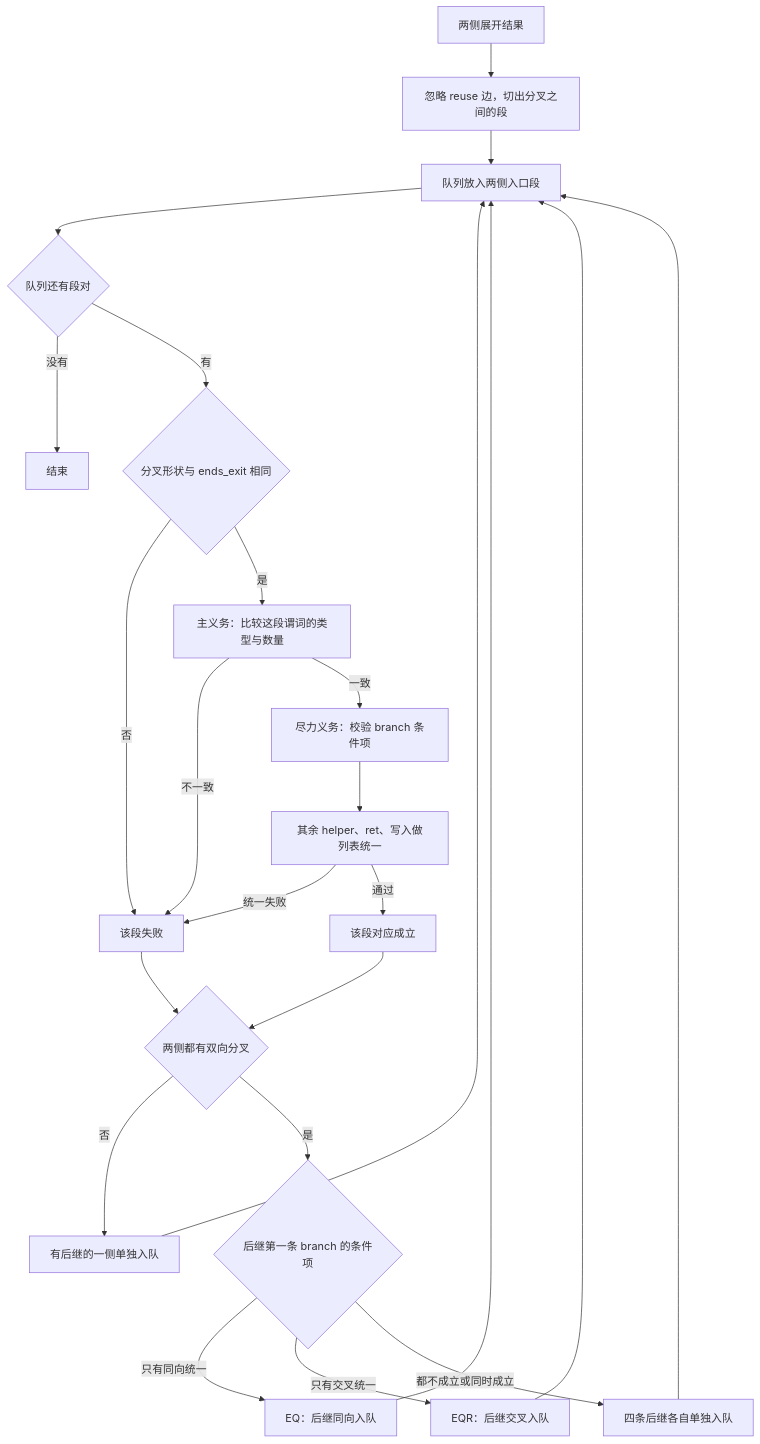
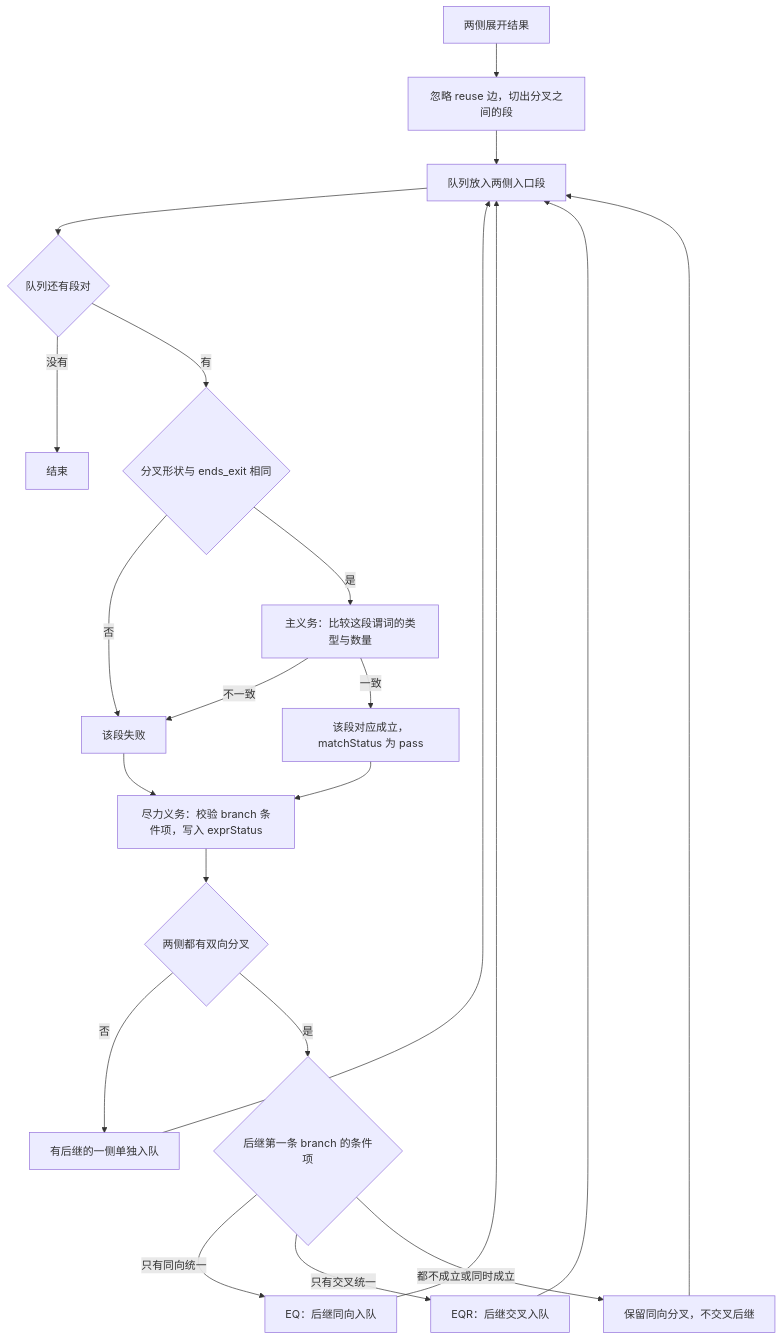
Before and after one commit to nan-mu/classifier: the diagram in doc/NodeInference/分支臂关联.md, drawn with Mermaid. The commit also changed other lines of this file and 59 other files, not shown here.

````diff
--- a/doc/NodeInference/分支臂关联.md
+++ b/doc/NodeInference/分支臂关联.md
@@ -30,26 +30,24 @@
 ```mermaid
 flowchart TD
   start[两侧展开结果] --> cut[忽略 reuse 边，切出分叉之间的段]
   cut --> queue[队列放入两侧入口段]
   queue --> more{队列还有段对}
   more -->|没有| done[结束]
   more -->|有| shape{分叉形状与 ends_exit 相同}
   shape -->|否| bad[该段失败]
   shape -->|是| main[主义务：比较这段谓词的类型与数量]
   main -->|不一致| bad
-  main -->|一致| best[尽力义务：校验 branch 条件项]
-  best --> rest[其余 helper、ret、写入做列表统一]
-  rest -->|统一失败| bad
-  rest -->|通过| ok[该段对应成立]
-  bad --> fork
-  ok --> fork{两侧都有双向分叉}
+  main -->|一致| ok[该段对应成立，matchStatus 为 pass]
+  bad --> expr
+  ok --> expr[尽力义务：校验 branch 条件项，写入 exprStatus]
+  expr --> fork{两侧都有双向分叉}
   fork -->|否| alone[有后继的一侧单独入队]
   fork -->|是| wire{后继第一条 branch 的条件项}
   wire -->|只有同向统一| eq[EQ：后继同向入队]
   wire -->|只有交叉统一| eqr[EQR：后继交叉入队]
-  wire -->|都不成立或同时成立| split[四条后继各自单独入队]
+  wire -->|都不成立或同时成立| keep[保留同向分叉，不交叉后继]
   eq --> queue
   eqr --> queue
-  split --> queue
+  keep --> queue
   alone --> queue
 ```
````
